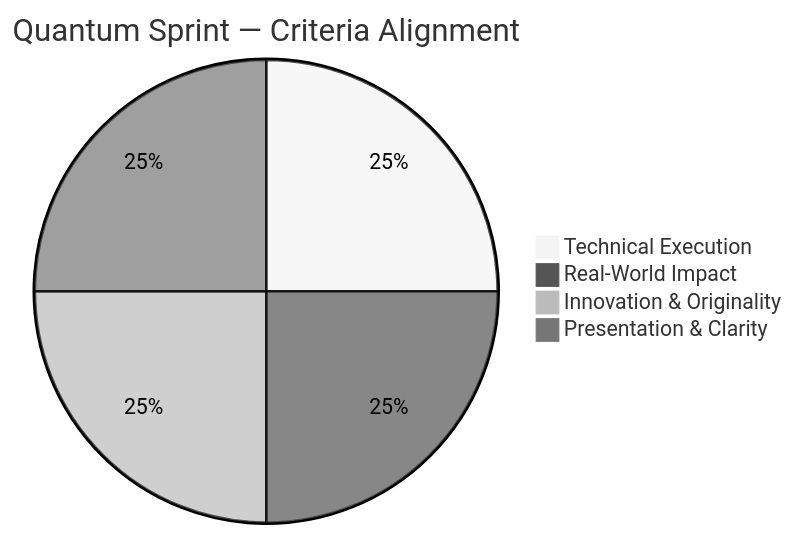
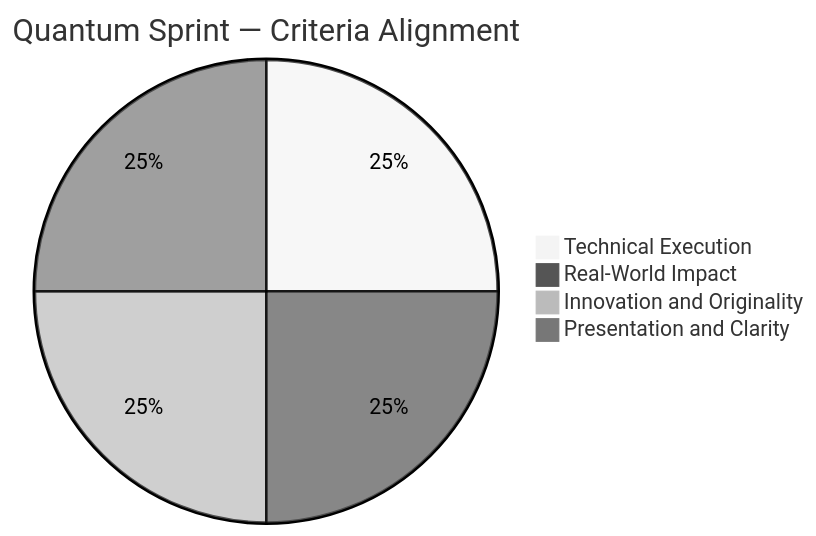
Diagram 11 of 13 in README.md (Iceman-Dann/UnDenied), drawn with Mermaid (neutral theme) before and after one commit. The commit also changed other lines of this file, not shown here.

````diff
--- a/README.md
+++ b/README.md
@@ -332,7 +328,7 @@
 ```mermaid
 pie title Quantum Sprint — Criteria Alignment
     "Technical Execution" : 25
     "Real-World Impact" : 25
-    "Innovation & Originality" : 25
-    "Presentation & Clarity" : 25
+    "Innovation and Originality" : 25
+    "Presentation and Clarity" : 25
 ```
````
